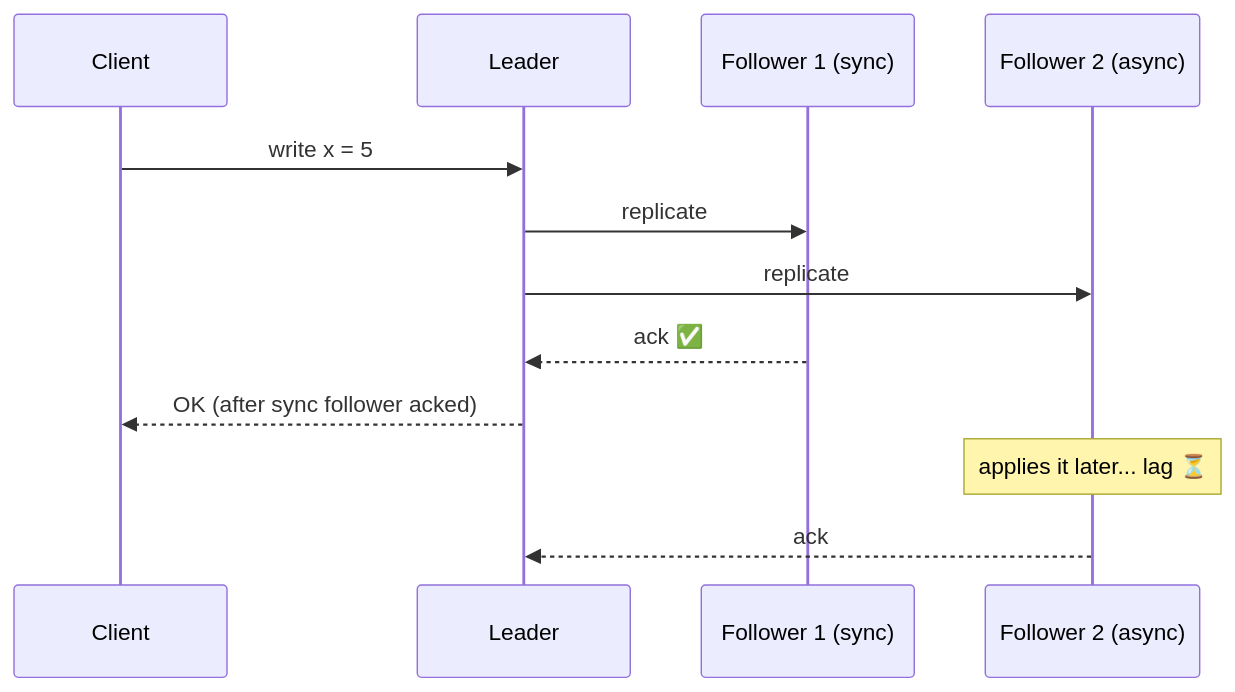
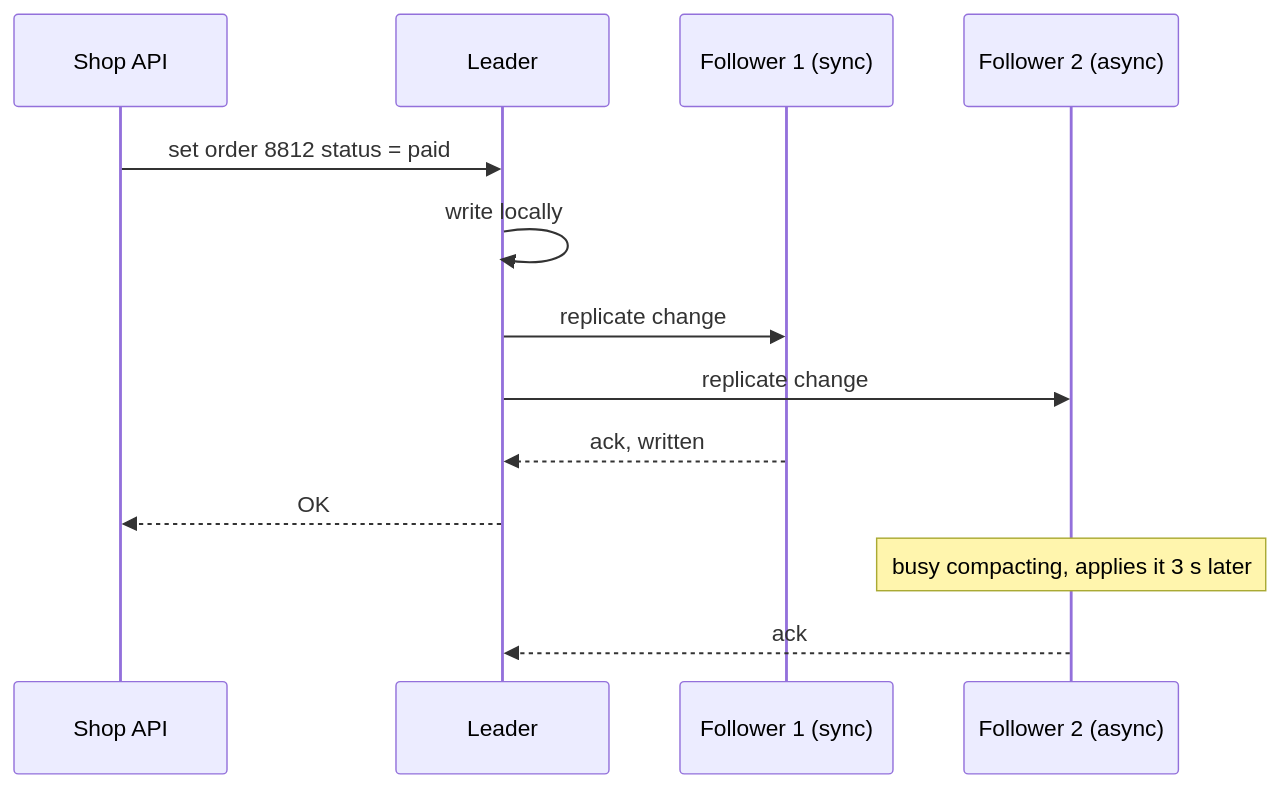
The fifth of 35 diagrams in docs/chapters/part-2/05-replication.mdx (pratikguru998/ddia-book), drawn with Mermaid before and after one commit. The commit also changed other lines of this file and 13 other files, not shown here.

Commit message:
Expand all 12 chapters: every book subsection, deeper notes, ~320 diagrams

````diff
--- a/docs/chapters/part-2/05-replication.mdx
+++ b/docs/chapters/part-2/05-replication.mdx
@@ -49,14 +168,15 @@
 ```mermaid
 sequenceDiagram
-  participant C as Client
+  participant C as Shop API
   participant L as Leader
   participant F1 as Follower 1 (sync)
   participant F2 as Follower 2 (async)
-  C->>L: write x = 5
-  L->>F1: replicate
-  L->>F2: replicate
-  F1-->>L: ack ✅
-  L-->>C: OK (after sync follower acked)
-  Note over F2: applies it later... lag ⏳
+  C->>L: set order 8812 status = paid
+  L->>L: write locally
+  L->>F1: replicate change
+  L->>F2: replicate change
+  F1-->>L: ack, written
+  L-->>C: OK
+  Note over F2: busy compacting, applies it 3 s later
   F2-->>L: ack
 ```
````
